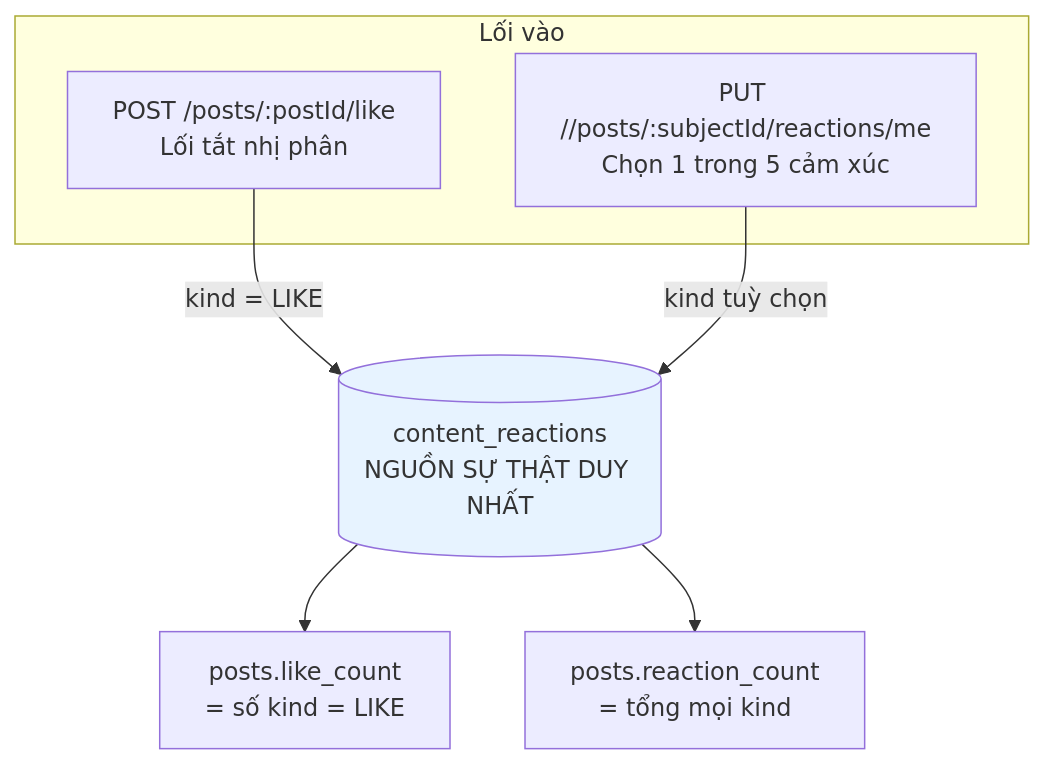
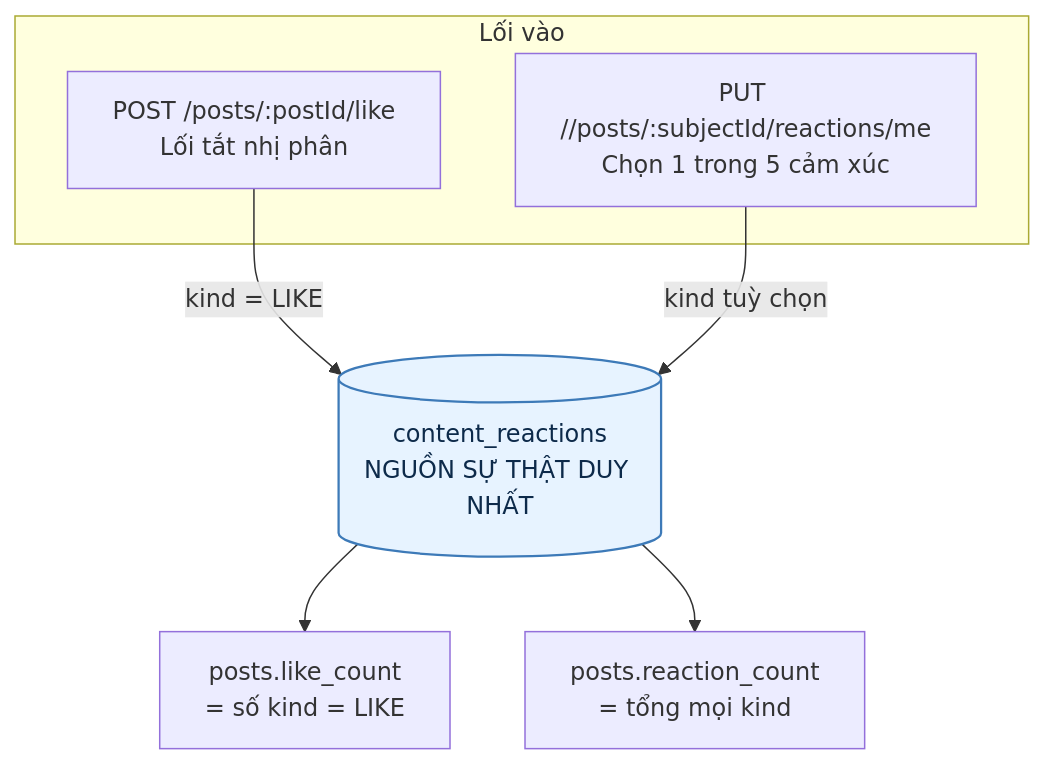
The first of 5 diagrams in docs/diagram/06-interaction.md (fdshn/trueheart), drawn with Mermaid before and after one commit. The commit also changed other lines of this file and 30 other files, not shown here.

First line of the commit message:
docs(diagram): chữ trong khối tô màu đọc được ở cả giao diện sáng và tối

````diff
--- a/docs/diagram/06-interaction.md
+++ b/docs/diagram/06-interaction.md
@@ -7,15 +7,15 @@
 ```mermaid
 flowchart TD
     subgraph Lối vào
         A["POST /posts/:postId/like<br/>Lối tắt nhị phân"]
         B["PUT //posts/:subjectId/reactions/me<br/>Chọn 1 trong 5 cảm xúc"]
     end
 
     A -->|kind = LIKE| T[(content_reactions<br/>NGUỒN SỰ THẬT DUY NHẤT)]
     B -->|kind tuỳ chọn| T
 
     T --> C1["posts.like_count<br/>= số kind = LIKE"]
     T --> C2["posts.reaction_count<br/>= tổng mọi kind"]
 
-    style T fill:#e7f3ff
+    style T fill:#e7f3ff,stroke:#3d7ab8,stroke-width:1.5px,color:#0d2a4a
 ```
````
